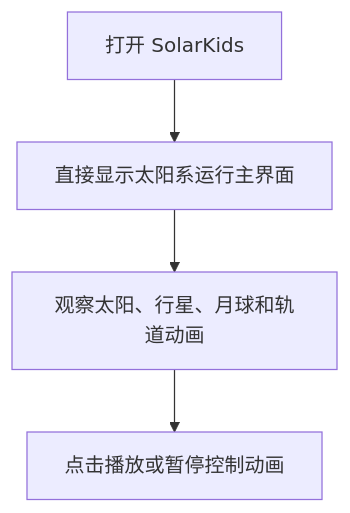
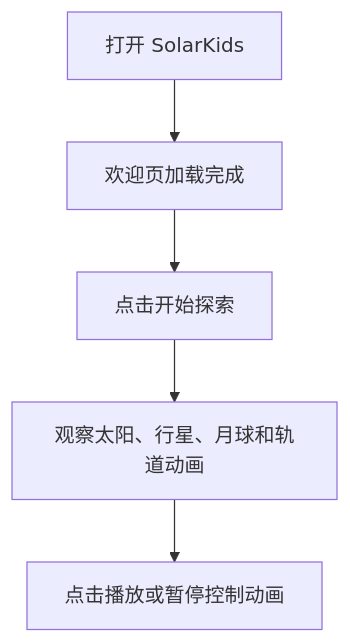
The first of 10 diagrams in docs/用户操作流程图.md (shf241/solarkids), drawn with Mermaid before and after one commit. The commit also changed other lines of this file and 18 other files, not shown here.

````diff
--- a/docs/用户操作流程图.md
+++ b/docs/用户操作流程图.md
@@ -11,6 +11,7 @@
 ```mermaid
 flowchart TD
-    A["打开 SolarKids"] --> B["直接显示太阳系运行主界面"]
-    B --> C["观察太阳、行星、月球和轨道动画"]
-    C --> D["点击播放或暂停控制动画"]
+    A["打开 SolarKids"] --> B["欢迎页加载完成"]
+    B --> C["点击开始探索"]
+    C --> D["观察太阳、行星、月球和轨道动画"]
+    D --> E["点击播放或暂停控制动画"]
 ```
````
